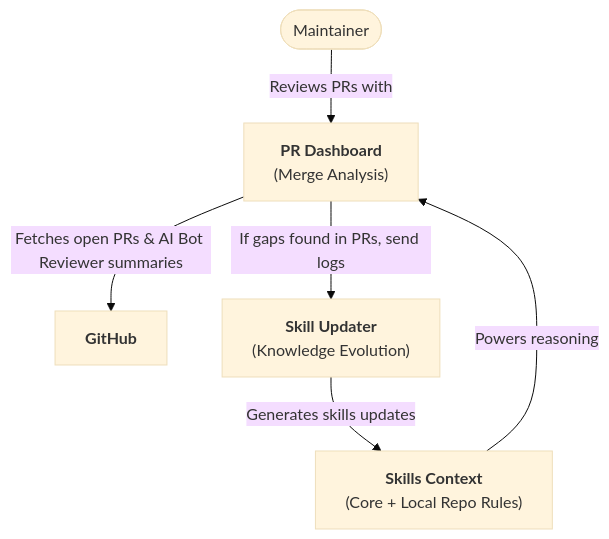
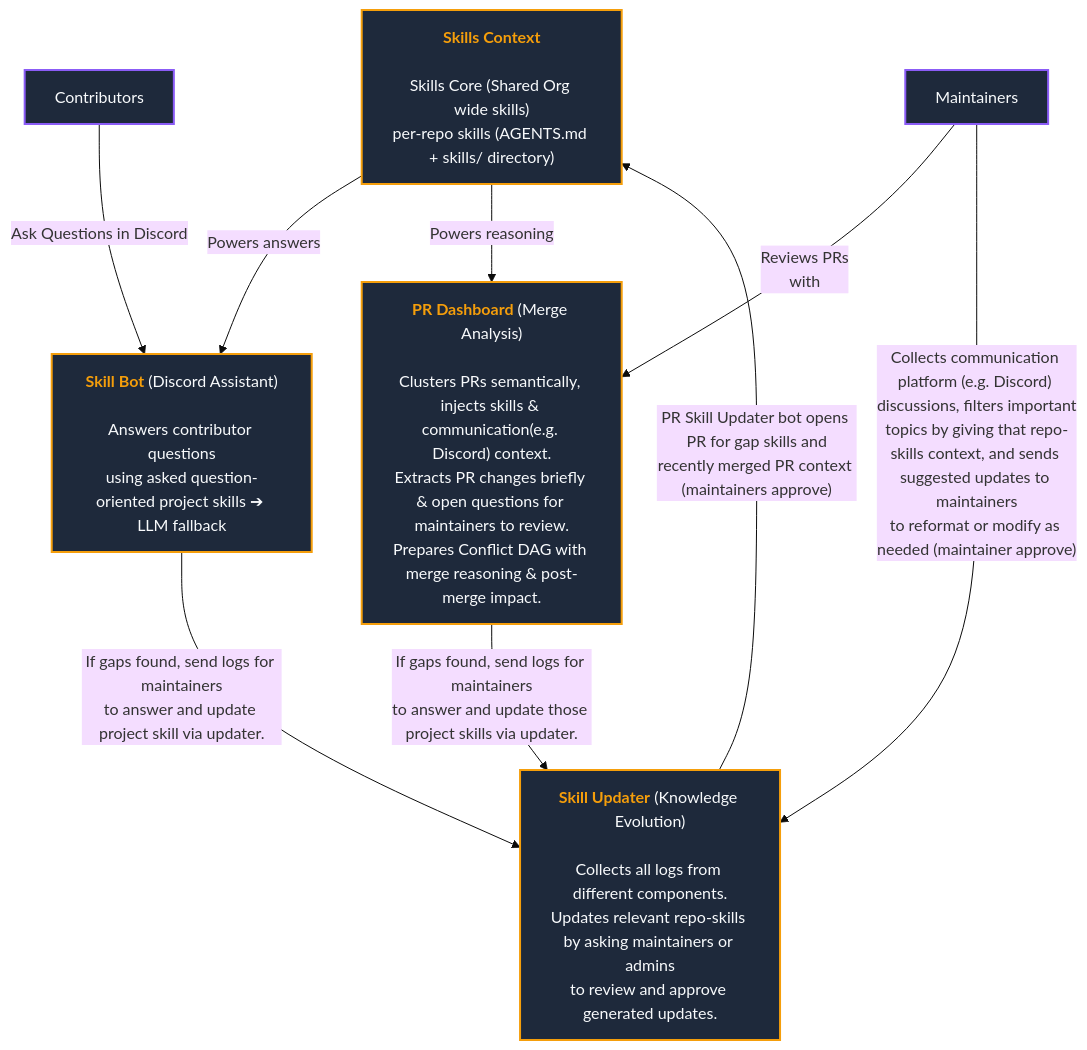
Before and after one commit to kpj2006/PullRequestDashboard: the diagram in README.md, drawn with Mermaid (base theme). The commit also changed other lines of this file, not shown here.

Commit message:
update architecture diagram

````diff
--- a/README.md
+++ b/README.md
@@ -65,8 +65,33 @@
 ```mermaid
 flowchart TD
-    Maintainer(["Maintainer"]) -- "Reviews PRs with" --> PD["<b>PR Dashboard</b><br>(Merge Analysis)"]
-    SC["<b>Skills Context</b><br>(Core + Local Repo Rules)"] -- "Powers reasoning" --> PD
-    PD -- "Fetches open PRs & AI Bot Reviewer summaries" --> GH["<b>GitHub</b>"]
-    PD -- "If gaps found in PRs, send logs" --> SU["<b>Skill Updater</b><br>(Knowledge Evolution)"]
-    SU -- "Generates skills updates" --> SC
+    %% Nodes
+    SC["<b><font color='#F59E0B'>Skills Context</font></b><br><br>Skills Core (Shared Org wide skills)<br>per-repo skills (AGENTS.md + skills/ directory)"]
+    Contributors["Contributors"]
+    Maintainers["Maintainers"]
+    
+    SB["<b><font color='#F59E0B'>Skill Bot</font></b> (Discord Assistant)<br><br>Answers contributor questions<br>using asked question-oriented project skills ➔ LLM fallback"]
+    PD["<b><font color='#F59E0B'>PR Dashboard</font></b> (Merge Analysis)<br><br>Clusters PRs semantically, injects skills & communication(e.g. Discord) context.<br>Extracts PR changes briefly & open questions for maintainers to review.<br>Prepares Conflict DAG with merge reasoning & post-merge impact."]
+    SU["<b><font color='#F59E0B'>Skill Updater</font></b> (Knowledge Evolution)<br><br>Collects all logs from different components.<br>Updates relevant repo-skills by asking maintainers or admins<br>to review and approve generated updates."]
+
+    %% Edges
+    %% Contributor Flow
+    Contributors -- "Ask Questions in Discord" --> SB
+    SC -- "Powers answers" --> SB
+    SB -- "If gaps found, send logs for maintainers<br>to answer and update project skill via updater." --> SU
+
+    %% Maintainer Flow
+    Maintainers -- "Reviews PRs<br>with" --> PD
+    SC -- "Powers reasoning" --> PD
+    PD -- "If gaps found, send logs for maintainers<br>to answer and update those project skills via updater." --> SU
+
+    %% Feedback Loop & Sync
+    Maintainers -- "Collects communication platform (e.g. Discord) discussions, filters important<br>topics by giving that repo-skills context, and sends suggested updates to maintainers<br>to reformat or modify as needed (maintainer approve)" --> SU
+    SU -- "PR Skill Updater bot opens PR for gap skills and<br>recently merged PR context (maintainers approve)" --> SC
+
+    %% Style Classes
+    classDef yellowBox fill:#1E293B,stroke:#F59E0B,stroke-width:2px,color:#F8FAFC;
+    classDef purpleBox fill:#1E293B,stroke:#8B5CF6,stroke-width:2px,color:#F8FAFC;
+    
+    class SC,SB,PD,SU yellowBox;
+    class Contributors,Maintainers purpleBox;
 ```
````
